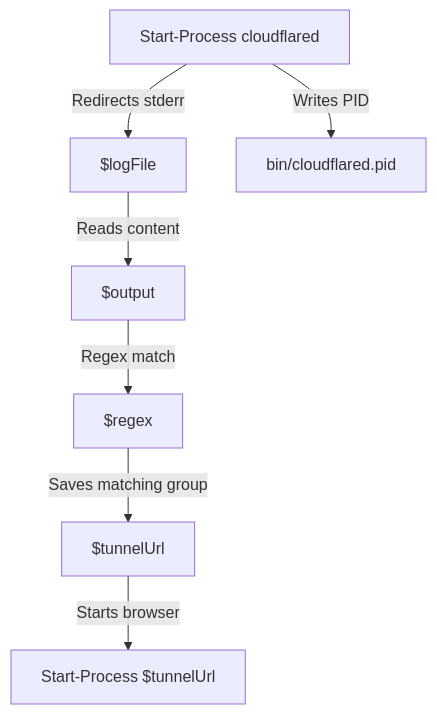
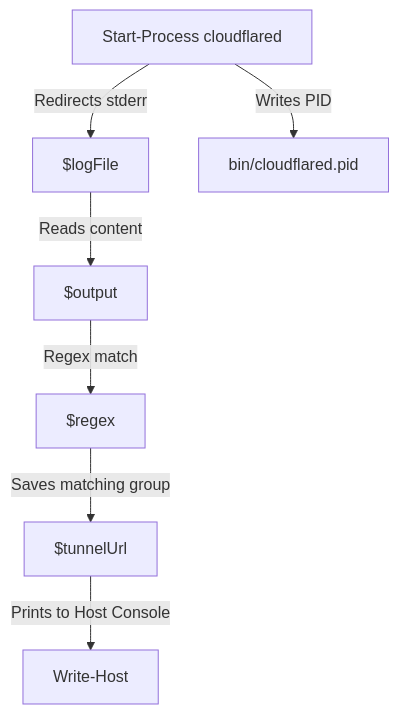
The diagram in docs/variables'n'functions/[PowerShell]start_tunnel.md (DovahkiinYuzuko/ddo-saba), drawn with Mermaid before and after one commit. The commit also changed other lines of this file and 6 other files, not shown here.

````diff
--- a/docs/variables'n'functions/[PowerShell]start_tunnel.md
+++ b/docs/variables'n'functions/[PowerShell]start_tunnel.md
@@ -64,9 +64,9 @@
 ```mermaid
 graph TD
     StartProcess[Start-Process cloudflared] --> |Redirects stderr| LogFile[$logFile]
     StartProcess --> |Writes PID| PIDFile["bin/cloudflared.pid"]
     LogFile --> |Reads content| Output[$output]
     Output --> |Regex match| RegexMatch[$regex]
     RegexMatch --> |Saves matching group| TunnelURL[$tunnelUrl]
-    TunnelURL --> |Starts browser| LaunchBrowser[Start-Process $tunnelUrl]
+    TunnelURL --> |Prints to Host Console| WriteHost[Write-Host]
 ```
````
